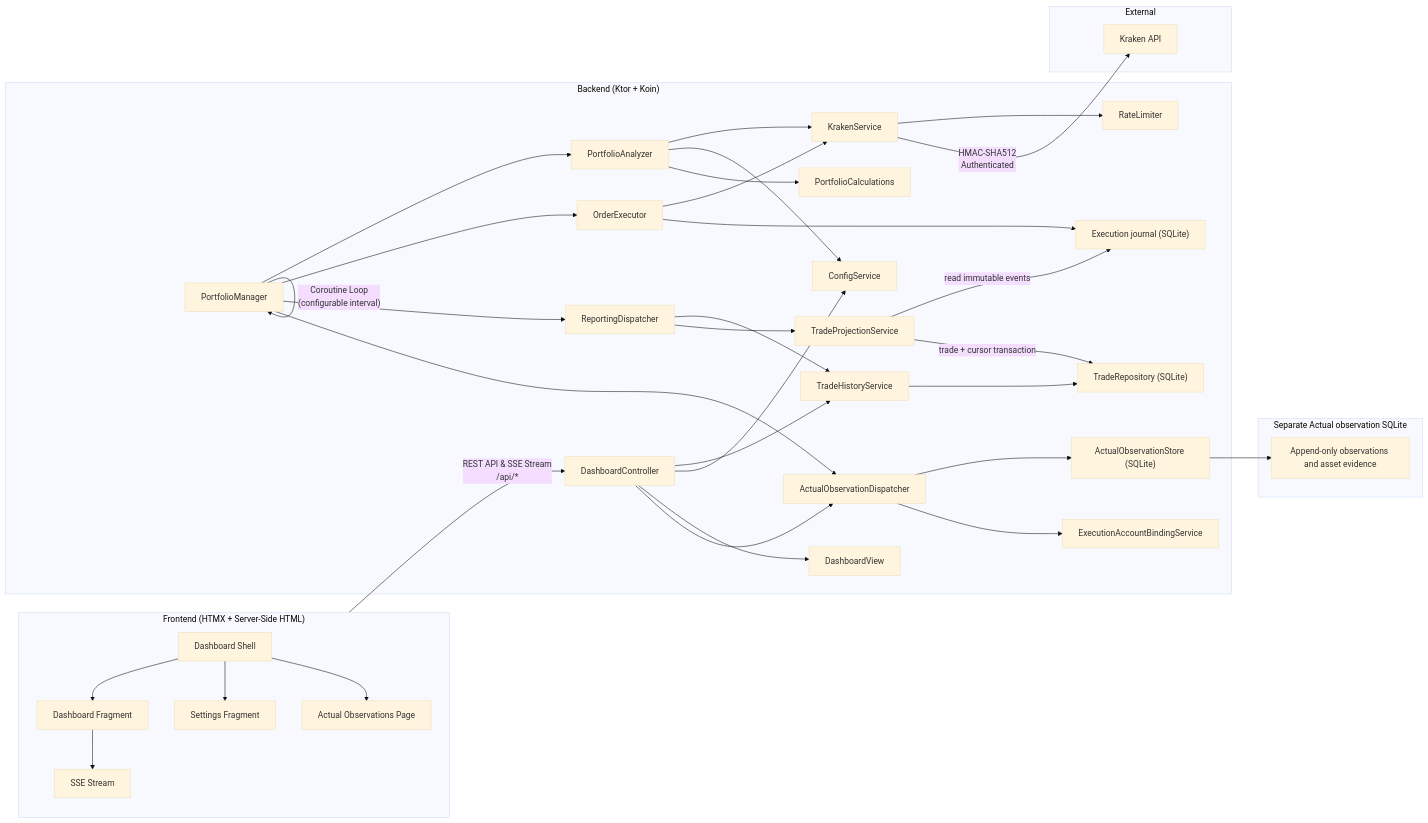
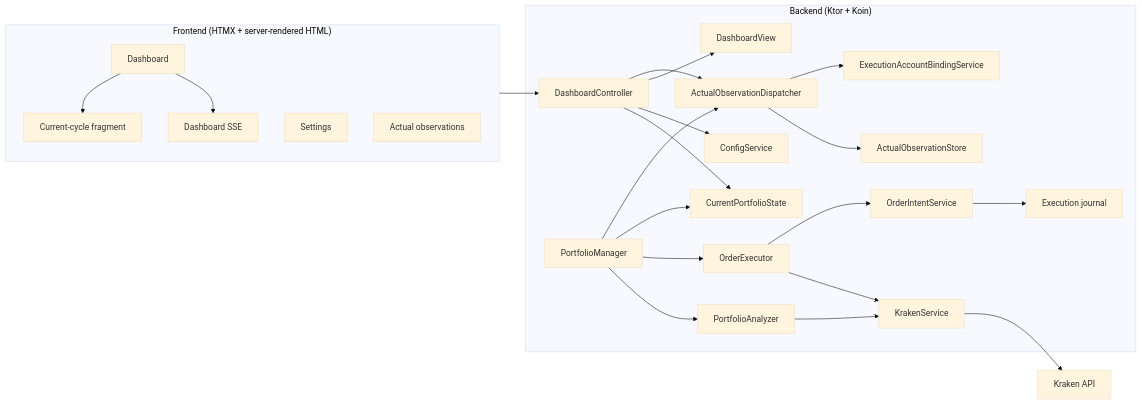
The diagram in README.md (HyperVon/new-kraken-rebalancer), drawn with Mermaid (base theme) before and after one commit. The commit also changed other lines of this file and 320 other files, not shown here.

````diff
--- a/README.md
+++ b/README.md
@@ -502,46 +356,29 @@
 ```mermaid
 graph LR
-    subgraph Frontend["Frontend (HTMX + Server-Side HTML)"]
-        D[Dashboard Shell] --> DF[Dashboard Fragment]
-        D --> SF[Settings Fragment]
-        D --> AF[Actual Observations Page]
-        DF --> SS[SSE Stream]
+    subgraph Frontend["Frontend (HTMX + server-rendered HTML)"]
+        D[Dashboard] --> DF[Current-cycle fragment]
+        D --> SSE[Dashboard SSE]
+        S[Settings]
+        A[Actual observations]
     end
 
     subgraph Backend["Backend (Ktor + Koin)"]
-        DC[DashboardController] --> THS[TradeHistoryService]
+        DC[DashboardController] --> CPS[CurrentPortfolioState]
         DC --> CS[ConfigService]
         DC --> DV[DashboardView]
         PM[PortfolioManager] --> PA[PortfolioAnalyzer]
         PM --> OE[OrderExecutor]
-        PM --> RD[ReportingDispatcher]
+        PM --> CPS
         PM --> AD[ActualObservationDispatcher]
         DC --> AD
-        AD --> AOS["ActualObservationStore (SQLite)"]
+        AD --> AOS[ActualObservationStore]
         AD --> EAB[ExecutionAccountBindingService]
-
         PA --> KS[KrakenService]
-        PA --> CS
-        PA --> PC[PortfolioCalculations]
         OE --> KS
-        OE --> EJ["Execution journal (SQLite)"]
-        RD --> THS
-        RD --> TP[TradeProjectionService]
-        THS --> TR["TradeRepository (SQLite)"]
-        TP -->|"read immutable events"| EJ
-        TP -->|"trade + cursor transaction"| TR
-        KS --> RL[RateLimiter]
+        OE --> OI[OrderIntentService]
+        OI --> EJ[Execution journal]
     end
 
-    subgraph ActualDB["Separate Actual observation SQLite"]
-        AOS --> AR[Append-only observations and asset evidence]
-    end
-
-    subgraph External
-        KA[Kraken API]
-    end
-
-    Frontend -- "REST API & SSE Stream\n/api/*" --> DC
-    PM -- "Coroutine Loop\n(configurable interval)" --> PM
-    KS -- "HMAC-SHA512\nAuthenticated" --> KA
+    Frontend --> DC
+    KS --> KA[Kraken API]
 ```
````
